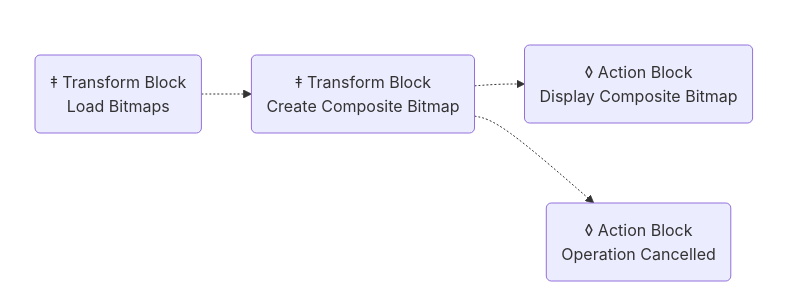
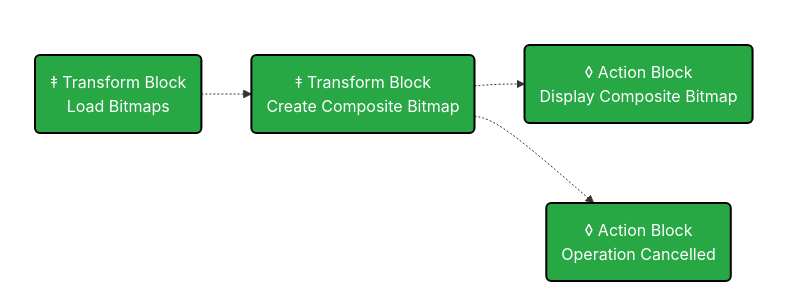
Before and after one commit to MartinRL/TplDataflow: the diagram in CompositeImages/CompositeImages.mmd, drawn with Mermaid.

Commit message:
add color

```diff
--- a/CompositeImages/CompositeImages.mmd
+++ b/CompositeImages/CompositeImages.mmd
@@ -1,17 +1,21 @@
 flowchart LR
-    lB("‡ Transform Block\nLoad Bitmaps")
-    cCB("‡ Transform Block\nCreate Composite Bitmap")
-    dCB("◊ Action Block\nDisplay Composite Bitmap")
-    oC("◊ Action Block\nOperation Cancelled")
+    classDef green fill:#28a745,stroke:#000,stroke-width:2px,color:#fff;
+    classDef blue fill:#2374f7,stroke:#000,stroke-width:2px,color:#fff;
+    classDef orange fill:#f28c28,stroke:#000,stroke-width:2px,color:#fff;
+    
+    lB("‡ Transform Block\nLoad Bitmaps"):::green
+    cCB("‡ Transform Block\nCreate Composite Bitmap"):::green
+    dCB("◊ Action Block\nDisplay Composite Bitmap"):::green
+    oC("◊ Action Block\nOperation Cancelled"):::green
 
     subgraph main[ ]
         lB
         cCB
         dCB
     end
 
     lB -.-> cCB
     cCB -.-> dCB
     cCB -.-> oC
 
     style main fill:none,stroke:none
```
